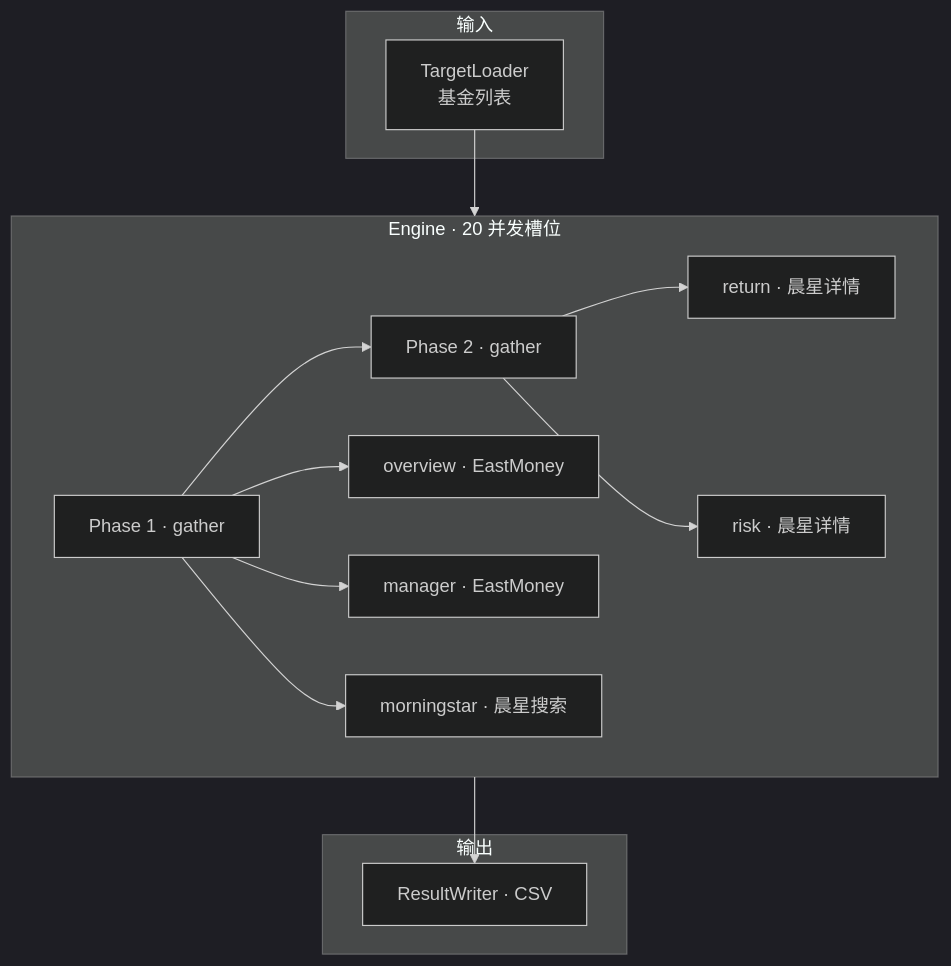
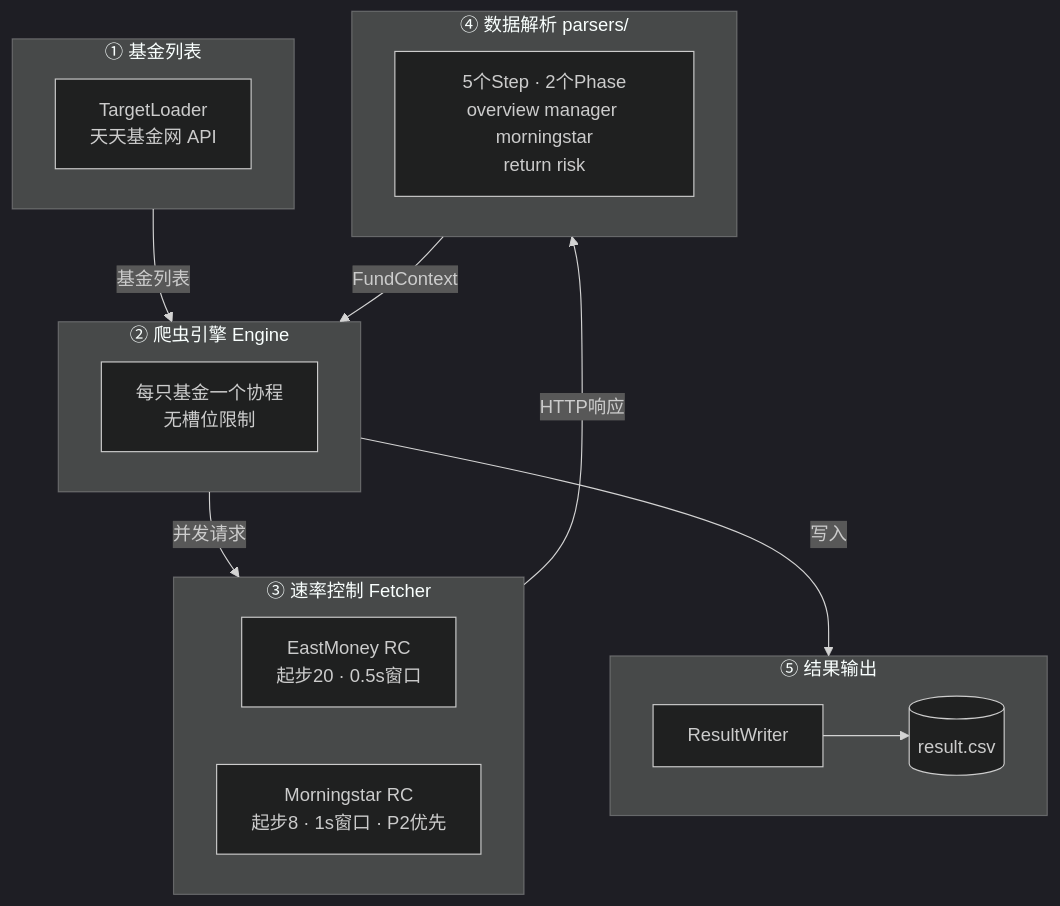
One commit to Jerry1014/FundCrawler changed the first of 2 diagrams in README.md. Above: the diagram before and after it, drawn with Mermaid (dark theme). The commit also changed other lines of this file and 3 other files, not shown here.

````diff
--- a/README.md
+++ b/README.md
@@ -39,22 +39,31 @@
 ```mermaid
 flowchart TB
-    subgraph 输入
-        TL[TargetLoader<br/>基金列表]
+    subgraph 输入["① 基金列表"]
+        TL[TargetLoader<br/>天天基金网 API]
     end
 
-    subgraph 引擎["Engine · 20 并发槽位"]
-        P1[Phase 1 · gather] --> P2[Phase 2 · gather]
-        P1 --> OV[overview · EastMoney]
-        P1 --> MG[manager · EastMoney]
-        P1 --> MS[morningstar · 晨星搜索]
-        P2 --> RT[return · 晨星详情]
-        P2 --> RK[risk · 晨星详情]
+    subgraph 核心["② 爬虫引擎 Engine"]
+        E[每只基金一个协程<br/>无槽位限制]
     end
 
-    subgraph 输出
-        WR[ResultWriter · CSV]
+    subgraph 网络["③ 速率控制 Fetcher"]
+        direction LR
+        RC_EM[EastMoney RC<br/>起步20 · 0.5s窗口]
+        RC_MS[Morningstar RC<br/>起步8 · 1s窗口 · P2优先]
     end
 
-    TL --> 引擎
-    引擎 --> WR
+    subgraph 解析["④ 数据解析 parsers/"]
+        direction LR
+        STEPS[5个Step · 2个Phase<br/>overview manager morningstar<br/>return risk]
+    end
+
+    subgraph 输出["⑤ 结果输出"]
+        WR[ResultWriter] --> CSV[(result.csv)]
+    end
+
+    输入 -->|基金列表| 核心
+    核心 -->|并发请求| 网络
+    网络 -->|HTTP响应| 解析
+    解析 -->|FundContext| 核心
+    核心 -->|写入| 输出
 ```
````
